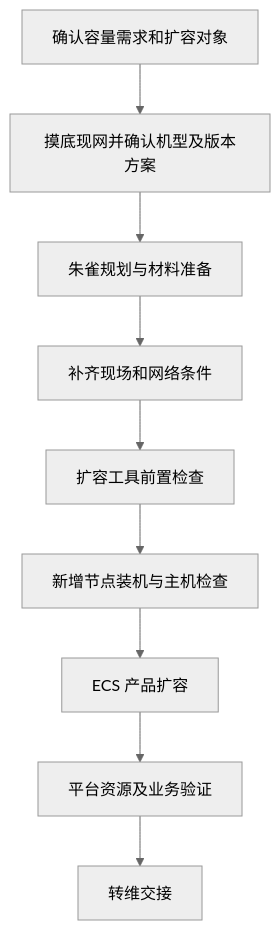
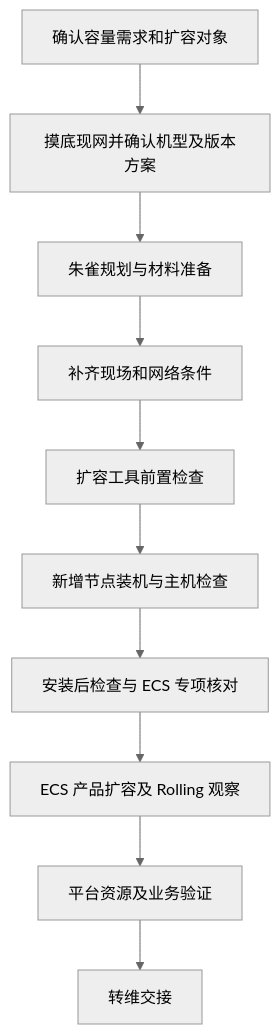
The second of 2 diagrams in src/site/notes/培训/2026.10.11 云平台/2026.10.13 ecs扩容.md (AnanasJin/obsidian), drawn with Mermaid (neutral theme) before and after one commit. The commit also changed other lines of this file and 1 other file, not shown here.

````diff
--- a/src/site/notes/培训/2026.10.11 云平台/2026.10.13 ecs扩容.md
+++ b/src/site/notes/培训/2026.10.11 云平台/2026.10.13 ecs扩容.md
@@ -84,11 +93,12 @@
 ```mermaid
 flowchart TD
     A[确认容量需求和扩容对象] --> B[摸底现网并确认机型及版本方案]
     B --> C[朱雀规划与材料准备]
     C --> D[补齐现场和网络条件]
     D --> E[扩容工具前置检查]
     E --> F[新增节点装机与主机检查]
-    F --> G[ECS 产品扩容]
+    F --> J[安装后检查与 ECS 专项核对]
+    J --> G[ECS 产品扩容及 Rolling 观察]
     G --> H[平台资源及业务验证]
     H --> I[转维交接]
 ```
````
